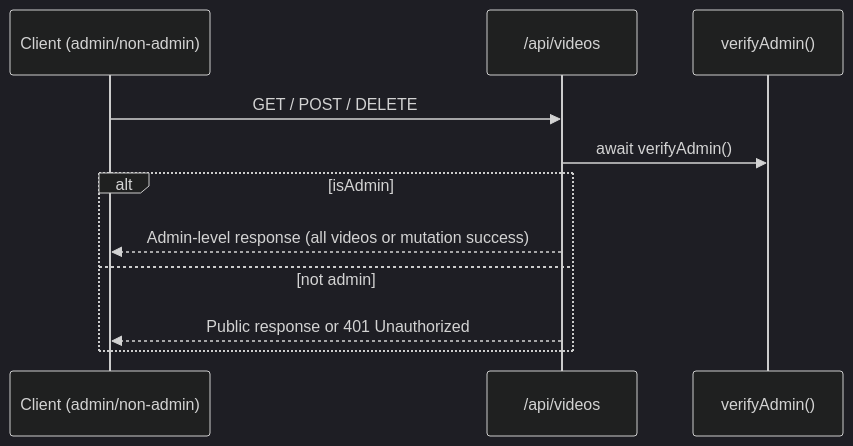
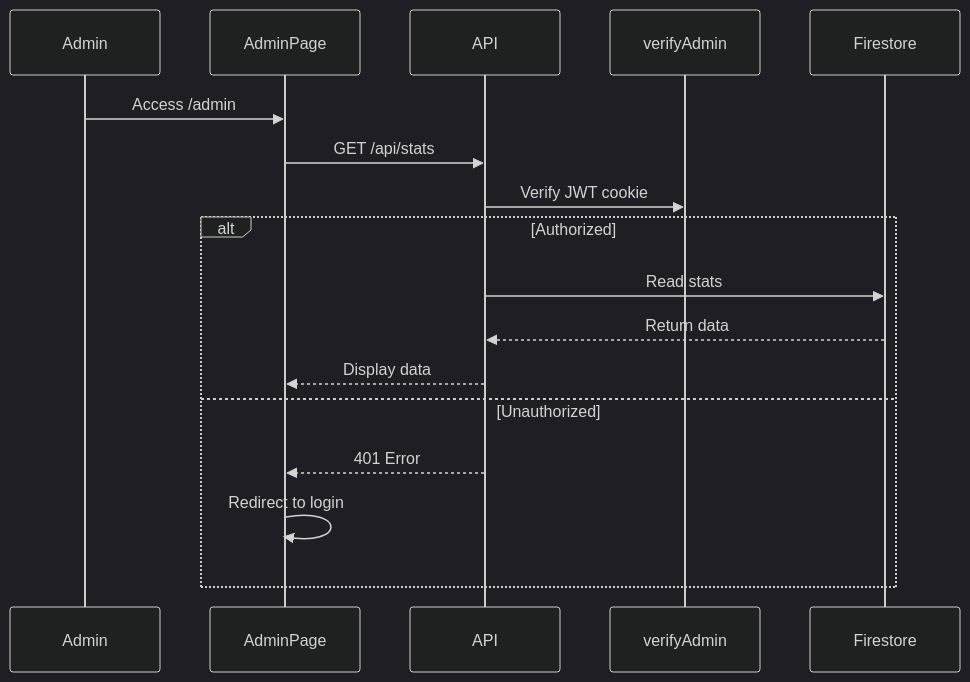
The third of 3 diagrams in README.md (NextGenXplorer/NexGen_Website), drawn with Mermaid (dark theme) before and after one commit. The commit also changed other lines of this file, not shown here.

````diff
--- a/README.md
+++ b/README.md
@@ -180,14 +576,20 @@
 ```mermaid
 sequenceDiagram
-  participant Client as Client (admin/non-admin)
-  participant VAPI as /api/videos
-  participant VA as verifyAdmin()
+    participant Admin
+    participant AdminPage
+    participant API
+    participant verifyAdmin
+    participant Firestore
 
-  Client->>VAPI: GET / POST / DELETE
-  VAPI->>VA: await verifyAdmin()
-  alt isAdmin
-    VAPI-->>Client: Admin-level response (all videos or mutation success)
-  else not admin
-    VAPI-->>Client: Public response or 401 Unauthorized
-  end
+    Admin->>AdminPage: Access /admin
+    AdminPage->>API: GET /api/stats
+    API->>verifyAdmin: Verify JWT cookie
+    alt Authorized
+        API->>Firestore: Read stats
+        Firestore-->>API: Return data
+        API-->>AdminPage: Display data
+    else Unauthorized
+        API-->>AdminPage: 401 Error
+        AdminPage->>AdminPage: Redirect to login
+    end
 ```
````
